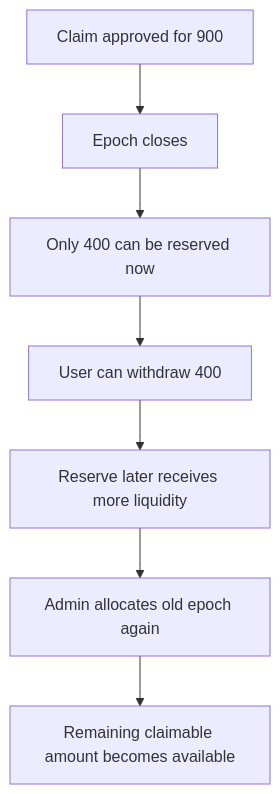
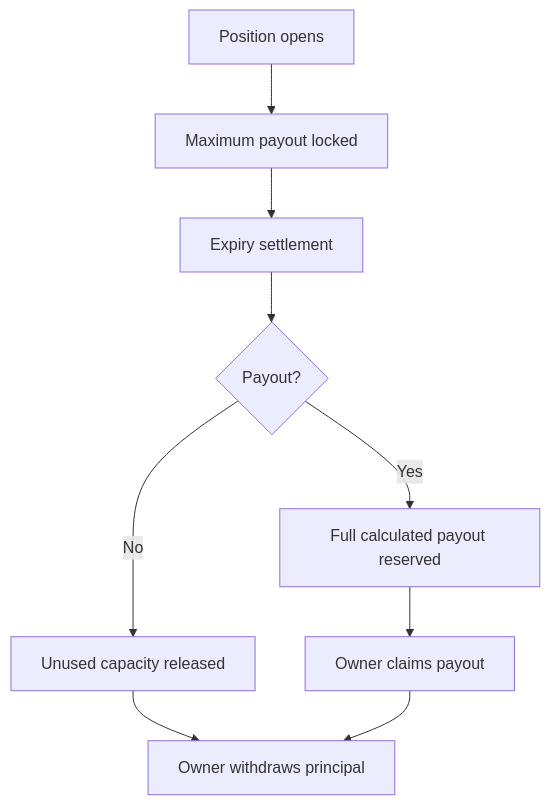
The diagram in smart-contracts/reserve-vault.mdx (CoverFI-space/coverfi-docs), drawn with Mermaid before and after one commit. The commit also changed other lines of this file and 28 other files, not shown here.

First line of the commit message:
Add technical architecture page and sync docs with current workspace

````diff
--- a/smart-contracts/reserve-vault.mdx
+++ b/smart-contracts/reserve-vault.mdx
@@ -58,9 +67,11 @@
 ```mermaid
 flowchart TD
-  A[Claim approved for 900] --> B[Epoch closes]
-  B --> C[Only 400 can be reserved now]
-  C --> D[User can withdraw 400]
-  D --> E[Reserve later receives more liquidity]
-  E --> F[Admin allocates old epoch again]
-  F --> G[Remaining claimable amount becomes available]
+  A[Position opens] --> B[Maximum payout locked]
+  B --> C[Expiry settlement]
+  C --> D{Payout?}
+  D -->|No| E[Unused capacity released]
+  D -->|Yes| F[Full calculated payout reserved]
+  F --> G[Owner claims payout]
+  E --> H[Owner withdraws principal]
+  G --> H
 ```
````
